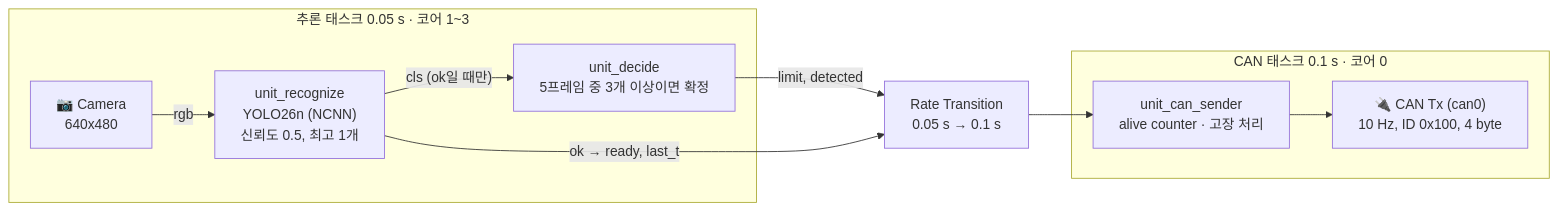
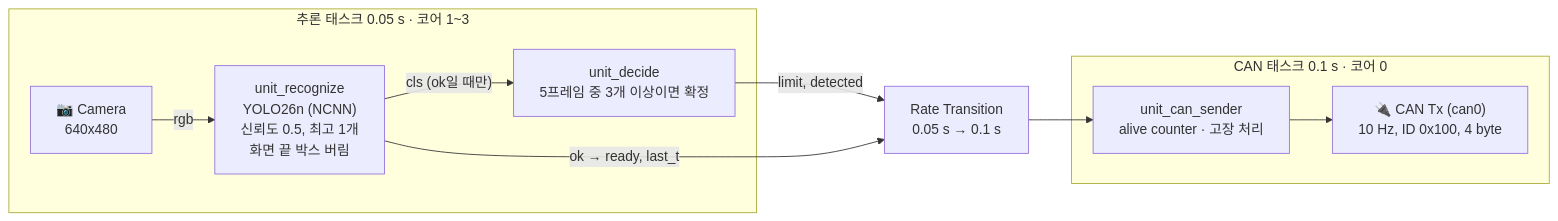
One commit to kimdon-dot/sign_detector changed the diagram in README.md. Above: the diagram before and after it, drawn with Mermaid. The commit also changed other lines of this file and 13 other files, not shown here.

````diff
--- a/README.md
+++ b/README.md
@@ -31,19 +31,19 @@
 ```mermaid
 flowchart LR
-    CAM["📷 Camera<br/>640x480"] -->|rgb| REC["unit_recognize<br/>YOLO26n (NCNN)<br/>신뢰도 0.5, 최고 1개"]
+    CAM["📷 Camera<br/>640x480"] -->|rgb| REC["unit_recognize<br/>YOLO26n (NCNN)<br/>신뢰도 0.5, 최고 1개<br/>화면 끝 박스 버림"]
     REC -->|"cls (ok일 때만)"| DEC["unit_decide<br/>5프레임 중 3개 이상이면 확정"]
     DEC -->|"limit, detected"| RT["Rate Transition<br/>0.05 s → 0.1 s"]
     REC -->|"ok → ready, last_t"| RT
     RT --> CANS["unit_can_sender<br/>alive counter · 고장 처리"]
     CANS --> TX["🔌 CAN Tx (can0)<br/>10 Hz, ID 0x100, 4 byte"]
 
     subgraph T1["추론 태스크 0.05 s · 코어 1~3"]
         CAM
         REC
         DEC
     end
     subgraph T2["CAN 태스크 0.1 s · 코어 0"]
         CANS
         TX
     end
 ```
````
